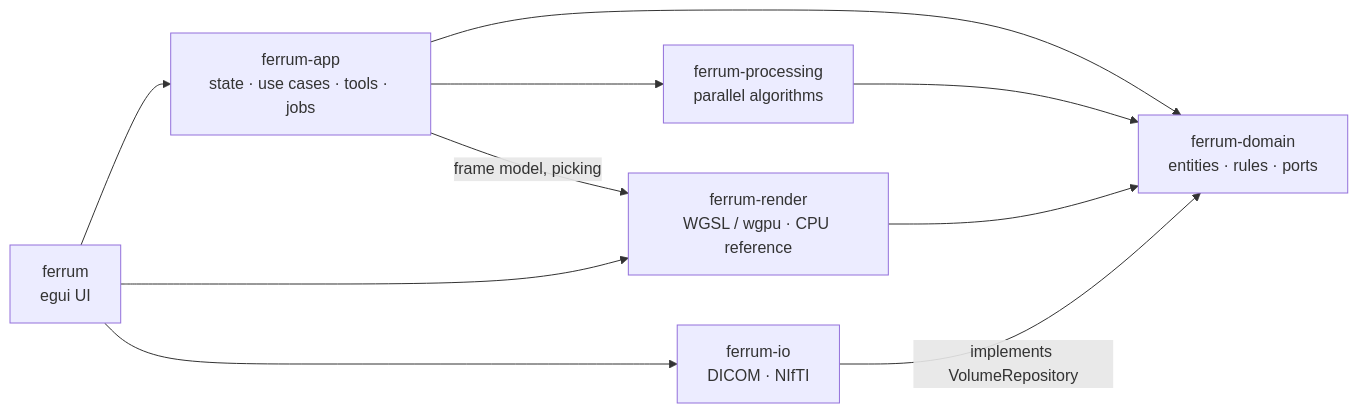
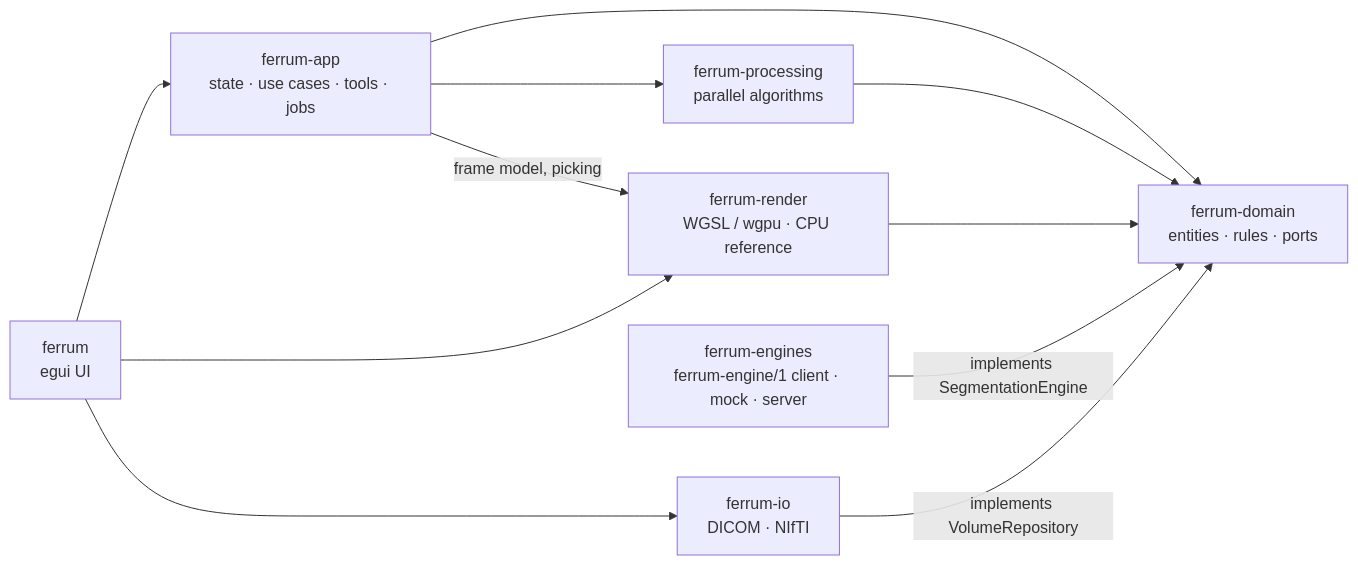
The diagram in README.md (Kauter1989/ferrum), drawn with Mermaid before and after one commit. The commit also changed other lines of this file and 5 other files, not shown here.

````diff
--- a/README.md
+++ b/README.md
@@ -364,12 +429,13 @@
 ```mermaid
 flowchart LR
     V["ferrum<br/>egui UI"] --> A["ferrum-app<br/>state · use cases · tools · jobs"]
     V --> R["ferrum-render<br/>WGSL / wgpu · CPU reference"]
     V --> IO["ferrum-io<br/>DICOM · NIfTI"]
     A --> D["ferrum-domain<br/>entities · rules · ports"]
     A --> P["ferrum-processing<br/>parallel algorithms"]
     A -->|"frame model, picking"| R
     R --> D
     P --> D
     IO -->|"implements VolumeRepository"| D
+    EN["ferrum-engines<br/>ferrum-engine/1 client · mock · server"] -->|"implements SegmentationEngine"| D
 ```
````
